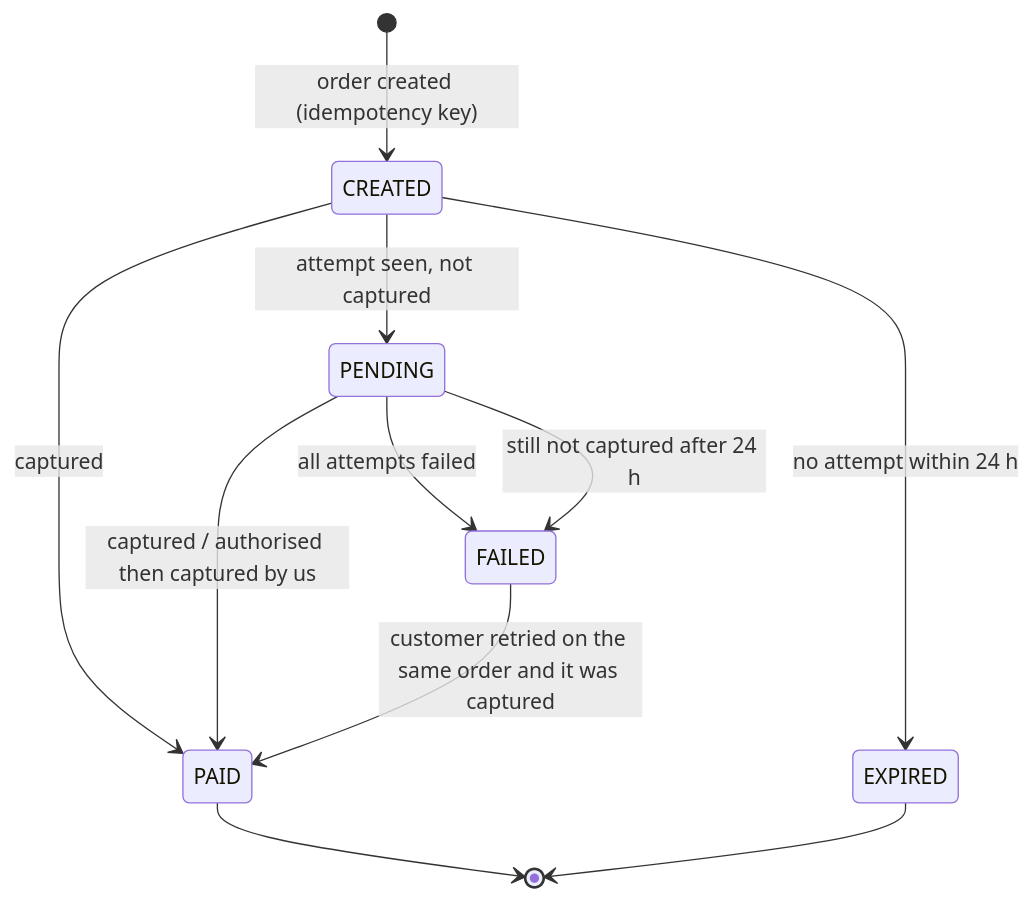
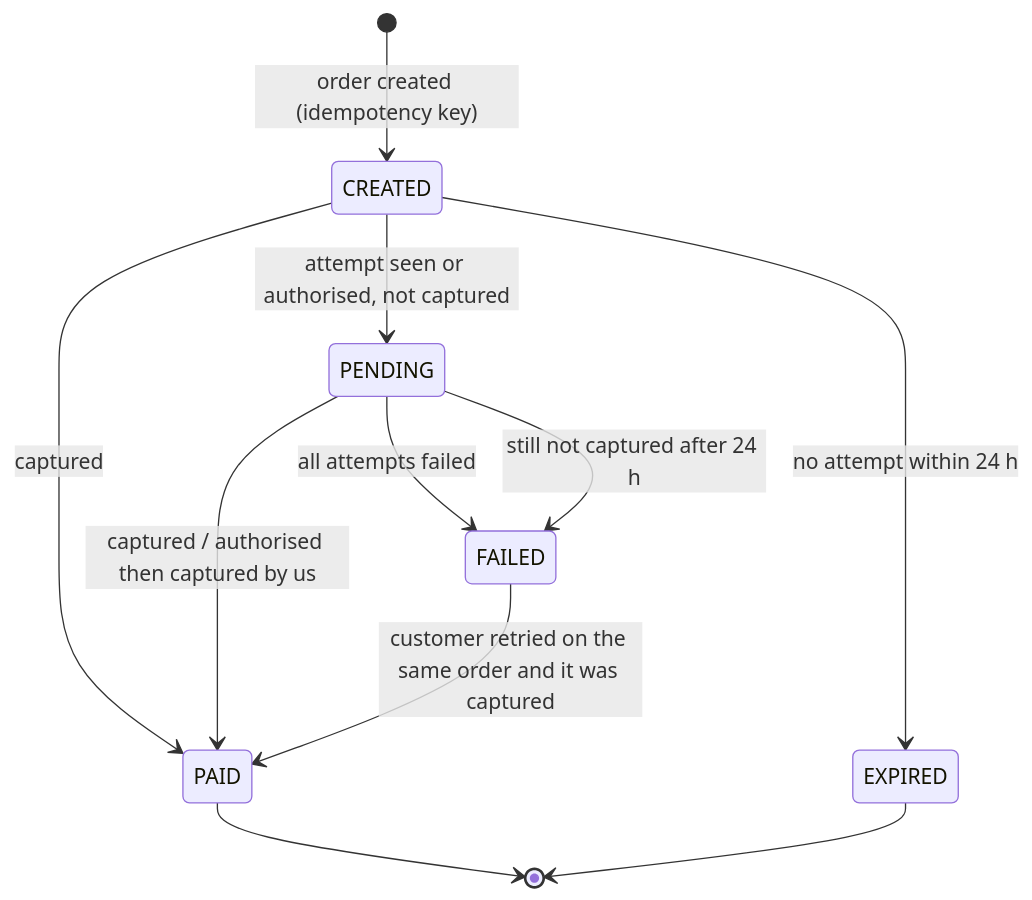
One commit to prateekladha/dt-selfcare changed the diagram in docs/PAYMENTS.md. Above: the diagram before and after it, drawn with Mermaid. The commit also changed other lines of this file and 7 other files, not shown here.

First line of the commit message:
docs: match the code after the bug-bash (payments flow, assistant, pipeline, billing, orders, notifier, security gaps)

````diff
--- a/docs/PAYMENTS.md
+++ b/docs/PAYMENTS.md
@@ -10,13 +19,13 @@
 ```mermaid
 stateDiagram-v2
   [*] --> CREATED: order created (idempotency key)
-  CREATED --> PENDING: attempt seen, not captured
+  CREATED --> PENDING: attempt seen or authorised, not captured
   CREATED --> PAID: captured
   PENDING --> PAID: captured / authorised then captured by us
   PENDING --> FAILED: all attempts failed
   FAILED --> PAID: customer retried on the same order and it was captured
   CREATED --> EXPIRED: no attempt within 24 h
   PENDING --> FAILED: still not captured after 24 h
   PAID --> [*]
   EXPIRED --> [*]
 ```
````
